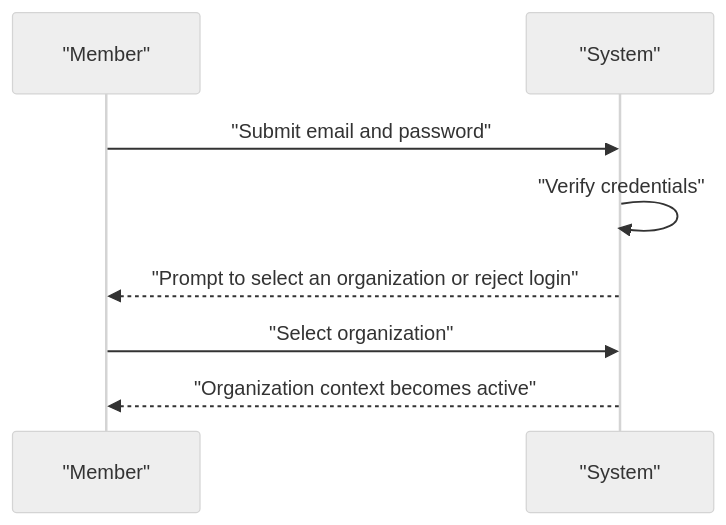
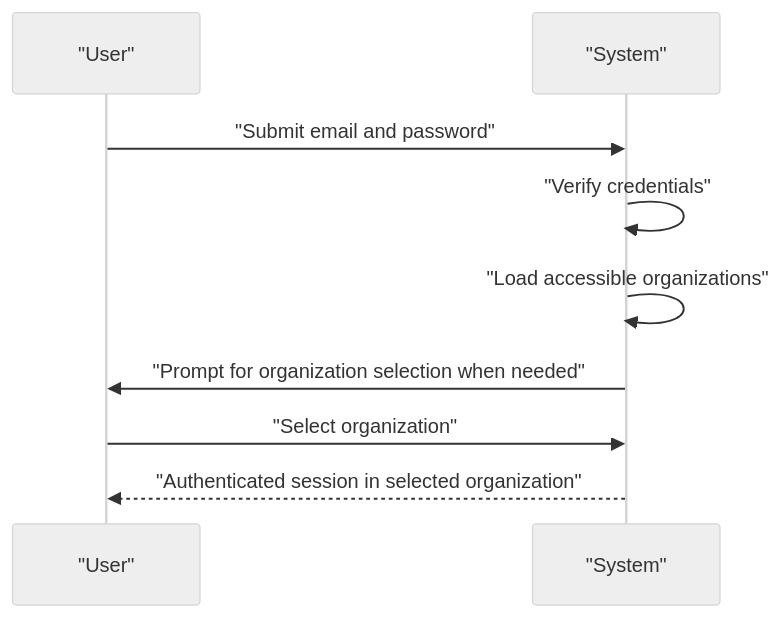
The third of 9 diagrams in openai/gpt-5.4-mini/erp/docs/analysis/01-actors-and-auth.md (wrtnlabs/autobe-examples), drawn with Mermaid (neutral theme) before and after one commit. The commit also changed other lines of this file and 9017 other files, not shown here.

````diff
--- a/openai/gpt-5.4-mini/erp/docs/analysis/01-actors-and-auth.md
+++ b/openai/gpt-5.4-mini/erp/docs/analysis/01-actors-and-auth.md
@@ -134,10 +158,11 @@
 ```mermaid
 sequenceDiagram
-    participant M as "Member"
+    participant U as "User"
     participant S as "System"
-    M->>S: "Submit email and password"
+    U->>S: "Submit email and password"
     S->>S: "Verify credentials"
-    S-->>M: "Prompt to select an organization or reject login"
-    M->>S: "Select organization"
-    S-->>M: "Organization context becomes active"
+    S->>S: "Load accessible organizations"
+    S->>U: "Prompt for organization selection when needed"
+    U->>S: "Select organization"
+    S-->>U: "Authenticated session in selected organization"
 ```
````
